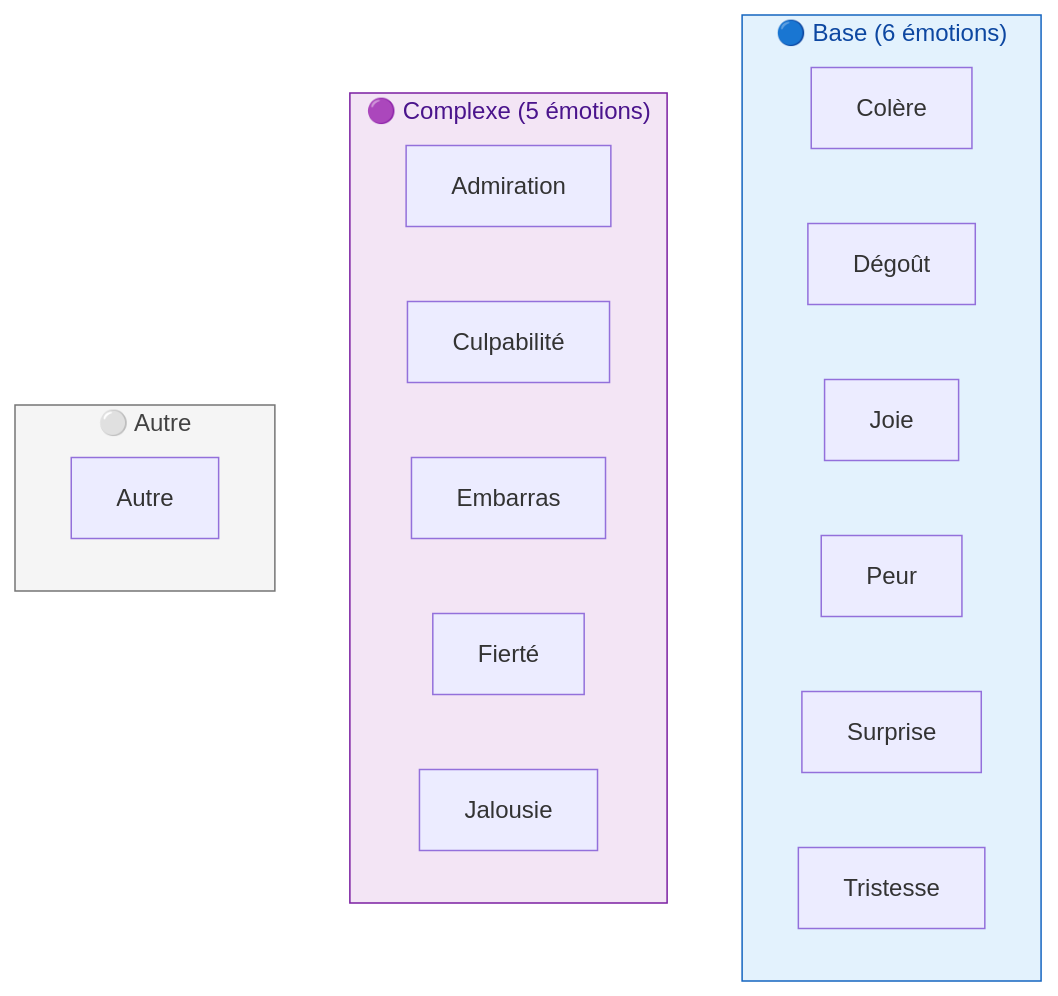
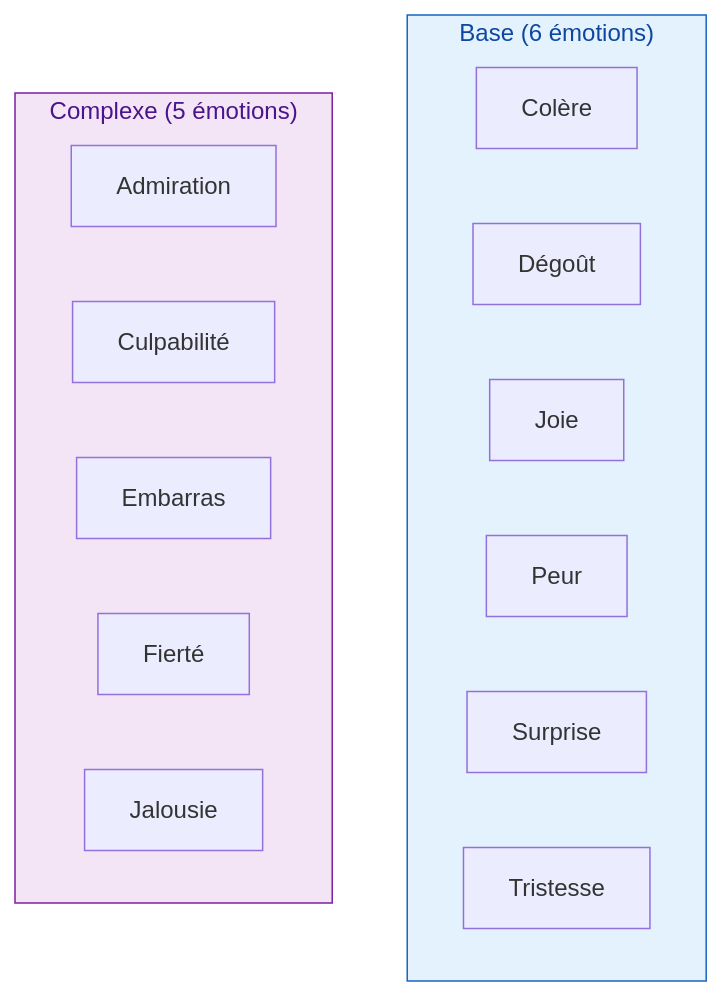
The first of 4 diagrams in README.md (GwenTsang/ExpressionEmotionnelle), drawn with Mermaid before and after one commit. The commit also changed other lines of this file, not shown here.

````diff
--- a/README.md
+++ b/README.md
@@ -102,27 +98,22 @@
 ```mermaid
 graph TD
-    subgraph Base ["🔵 Base (6 émotions)"]
+    subgraph Base ["Base (6 émotions)"]
         B1["Colère"]
         B2["Dégoût"]
         B3["Joie"]
         B4["Peur"]
         B5["Surprise"]
         B6["Tristesse"]
     end
 
-    subgraph Complexe ["🟣 Complexe (5 émotions)"]
+    subgraph Complexe ["Complexe (5 émotions)"]
         C1["Admiration"]
         C2["Culpabilité"]
         C3["Embarras"]
         C4["Fierté"]
         C5["Jalousie"]
     end
 
-    subgraph Autre_type ["⚪ Autre"]
-        A1["Autre"]
-    end
-
     style Base fill:#e3f2fd,stroke:#1565c0,color:#0d47a1
     style Complexe fill:#f3e5f5,stroke:#7b1fa2,color:#4a148c
-    style Autre_type fill:#f5f5f5,stroke:#757575,color:#424242
 ```
````
